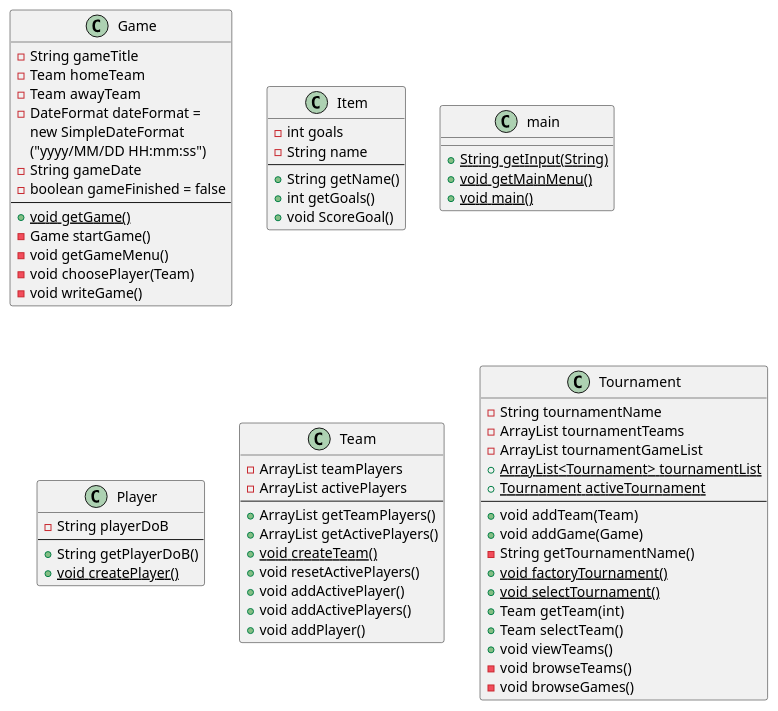
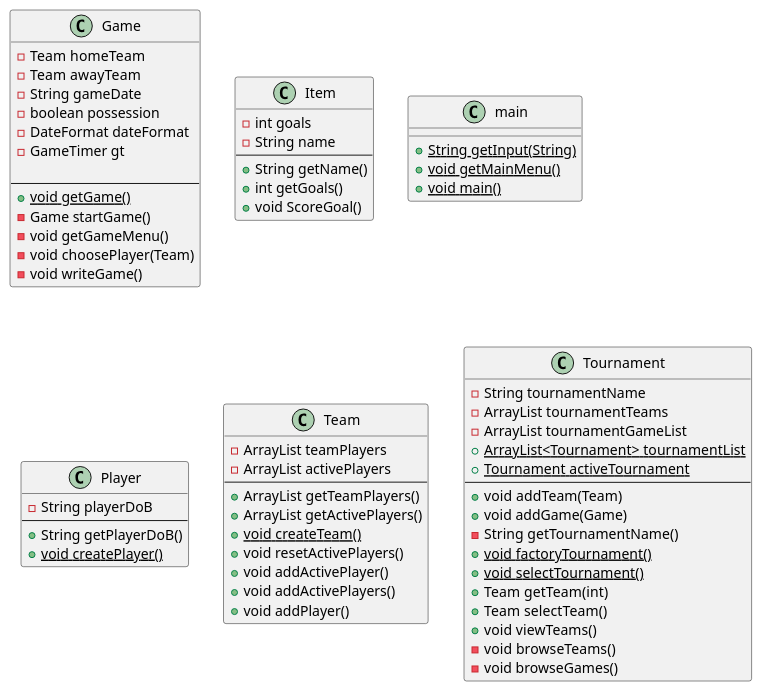
The diagram in UML/classUML.puml (KondrotM/footballStats), drawn with PlantUML before and after one commit. The commit also changed 18 other files, not shown here.

```diff
--- a/UML/classUML.puml
+++ b/UML/classUML.puml
@@ -1,94 +1,93 @@
 @startuml
 
 class Game {
-- String gameTitle
 - Team homeTeam
 - Team awayTeam
-- DateFormat dateFormat =
-{field}new SimpleDateFormat
-("yyyy/MM/DD HH:mm:ss")
 - String gameDate
-- boolean gameFinished = false
+- boolean possession
+- DateFormat dateFormat
+- GameTimer gt
+
 --
 + {static} void getGame()
 - Game startGame()
 - void getGameMenu()
 - void choosePlayer(Team)
 - void writeGame()
 }
 
 class Item {
 - int goals
 - String name
 --
 + String getName()
 + int getGoals()
 + void ScoreGoal()
 }
 class main {
 + {static} String getInput(String)
 + {static} void getMainMenu()
 + {static} void main()
 }
 class Player {
 - String playerDoB
 --
 + String getPlayerDoB()
 + {static} void createPlayer()
 }
 class Team {
 - ArrayList teamPlayers
 - ArrayList activePlayers
 --
 + ArrayList getTeamPlayers()
 + ArrayList getActivePlayers()
 + {static} void createTeam()
 + void resetActivePlayers()
 + void addActivePlayer()
 + void addActivePlayers()
 + void addPlayer()
 }
 
 class Tournament {
     - String tournamentName
     - ArrayList tournamentTeams
     - ArrayList tournamentGameList
     + {static} ArrayList<Tournament> tournamentList
     + {static} Tournament activeTournament
     --
     + void addTeam(Team)
     + void addGame(Game)
     - String getTournamentName()
     + {static} void factoryTournament()
     + {static} void selectTournament()
     + Team getTeam(int)
     + Team selectTeam()
     + void viewTeams()
     - void browseTeams()
     - void browseGames()
 }
 
 'abstract class AbstractList
 'abstract AbstractCollection
 'interface List
 'interface Collection
 '
 'List <|-- AbstractList
 'Collection <|-- AbstractCollection
 '
 'Collection <- List
 'AbstractCollection <|- AbstractList
 'AbstractList <|-- ArrayList
 '
 'class ArrayList {
 'Object[] elementData
 'size()
 '}
 '
 'enum TimeUnit {
 'DAYS
 'HOURS
 'MINUTES
 '}
 
 @enduml
```
